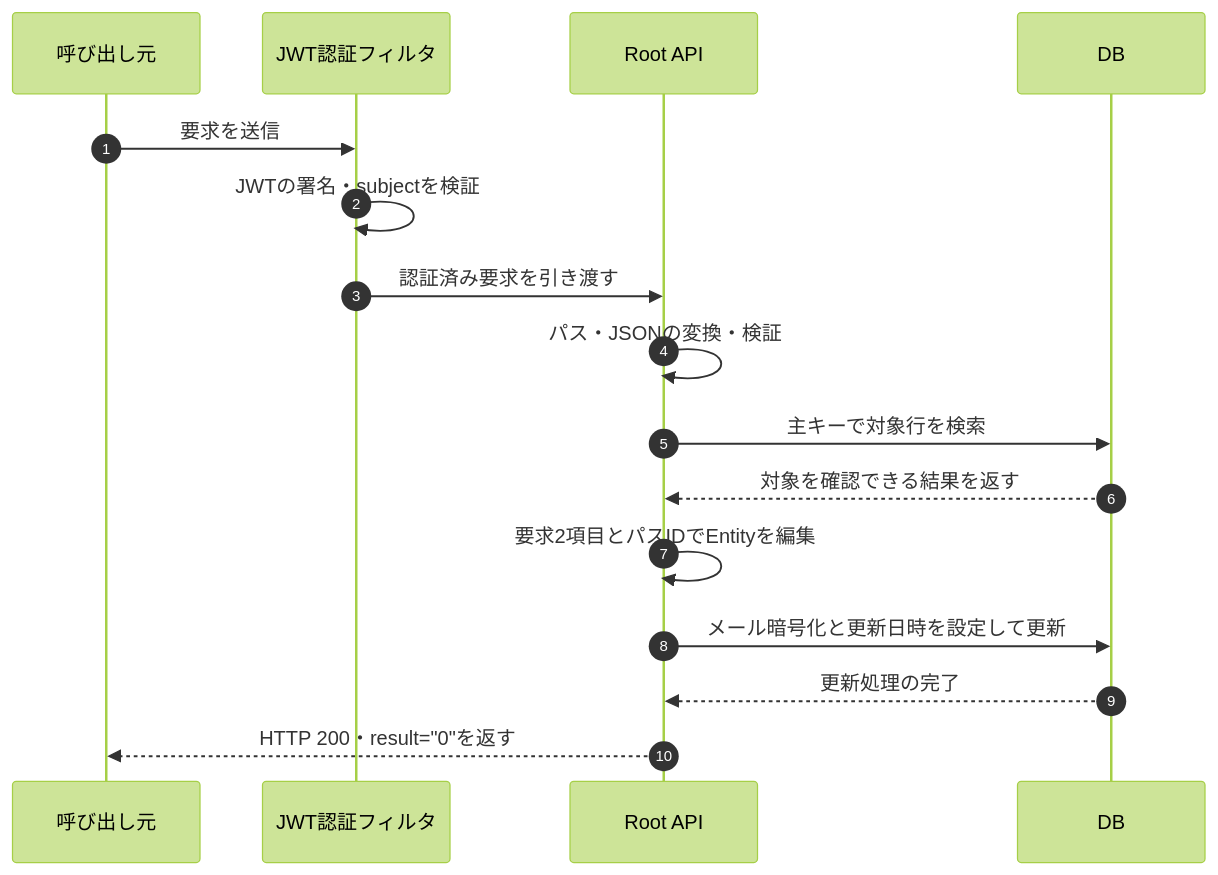
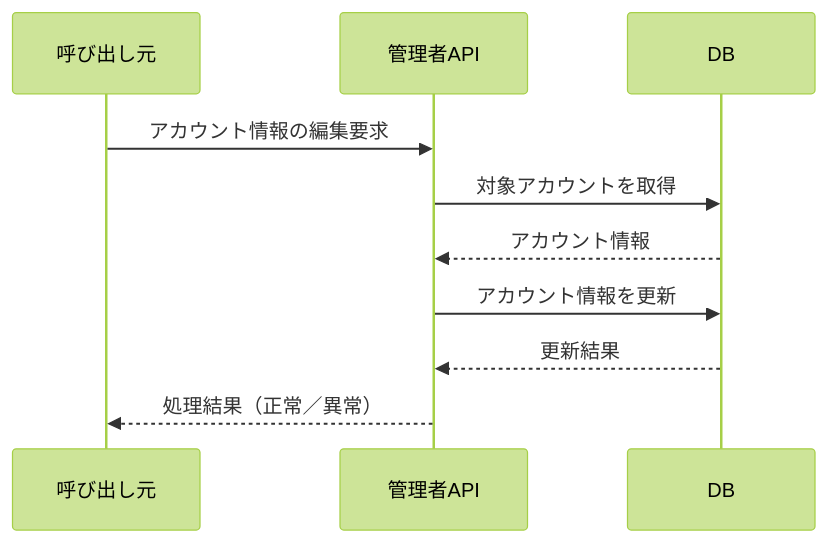
Before and after one commit to kohei-okazaki/work-3g: the first of 2 diagrams in ha-docs/design/05_rootapi/設計書_5.3.2.アカウント情報編集API.md, drawn with Mermaid (forest theme). The commit also changed other lines of this file and 67 other files, not shown here.

````diff
--- a/ha-docs/design/05_rootapi/設計書_5.3.2.アカウント情報編集API.md
+++ b/ha-docs/design/05_rootapi/設計書_5.3.2.アカウント情報編集API.md
@@ -100,18 +22,12 @@
 ```mermaid
 sequenceDiagram
-    autonumber
-    participant Client as 呼び出し元
-    participant Security as JWT認証フィルタ
-    participant API as Root API
-    participant DB as DB
-    Client->>Security: 要求を送信
-    Security->>Security: JWTの署名・subjectを検証
-    Security->>API: 認証済み要求を引き渡す
-    API->>API: パス・JSONの変換・検証
-    API->>DB: 主キーで対象行を検索
-    DB-->>API: 対象を確認できる結果を返す
-    API->>API: 要求2項目とパスIDでEntityを編集
-    API->>DB: メール暗号化と更新日時を設定して更新
-    DB-->>API: 更新処理の完了
-    API-->>Client: HTTP 200・result="0"を返す
+    participant C as 呼び出し元
+    participant A as 管理者API
+    participant D as DB
+    C->>A: アカウント情報の編集要求
+    A->>D: 対象アカウントを取得
+    D-->>A: アカウント情報
+    A->>D: アカウント情報を更新
+    D-->>A: 更新結果
+    A-->>C: 処理結果（正常／異常）
 ```
````
